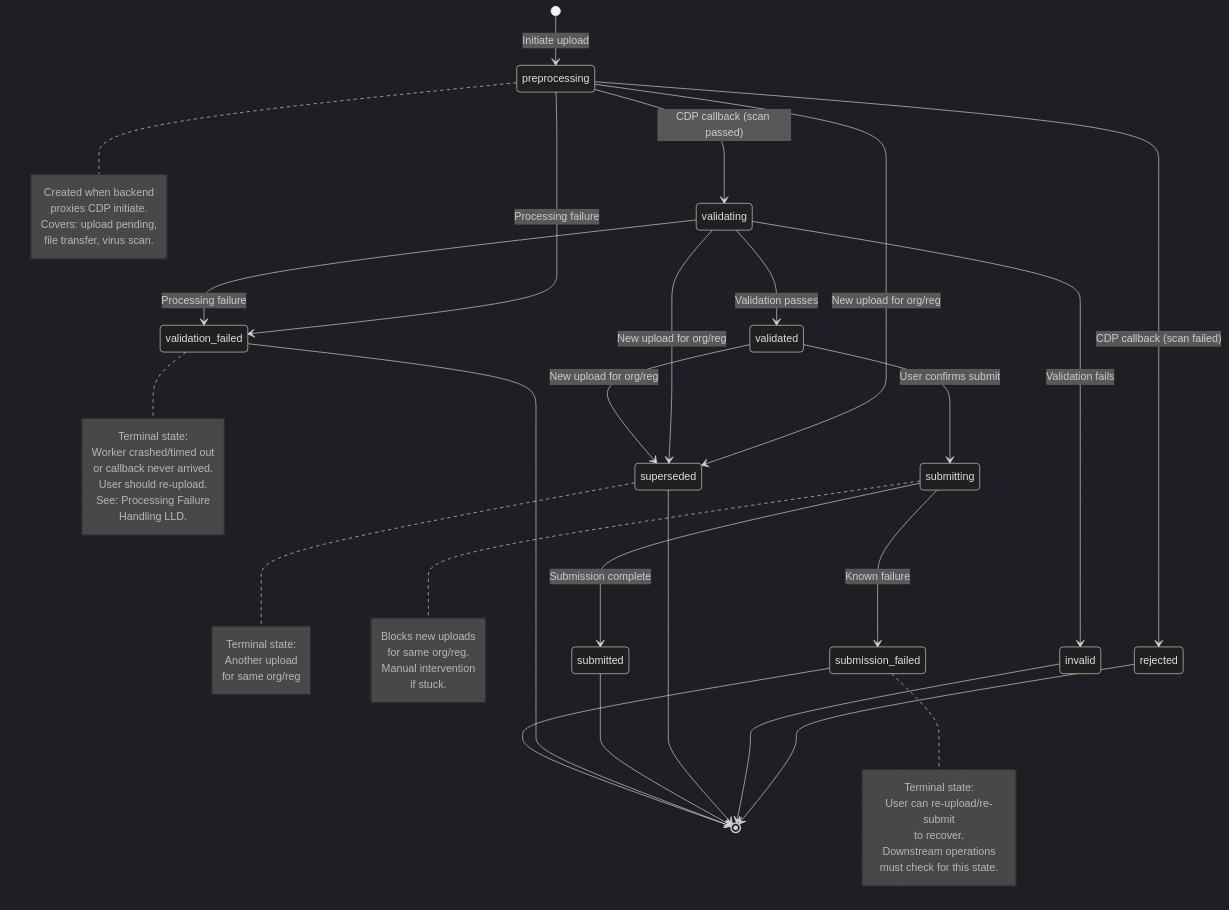
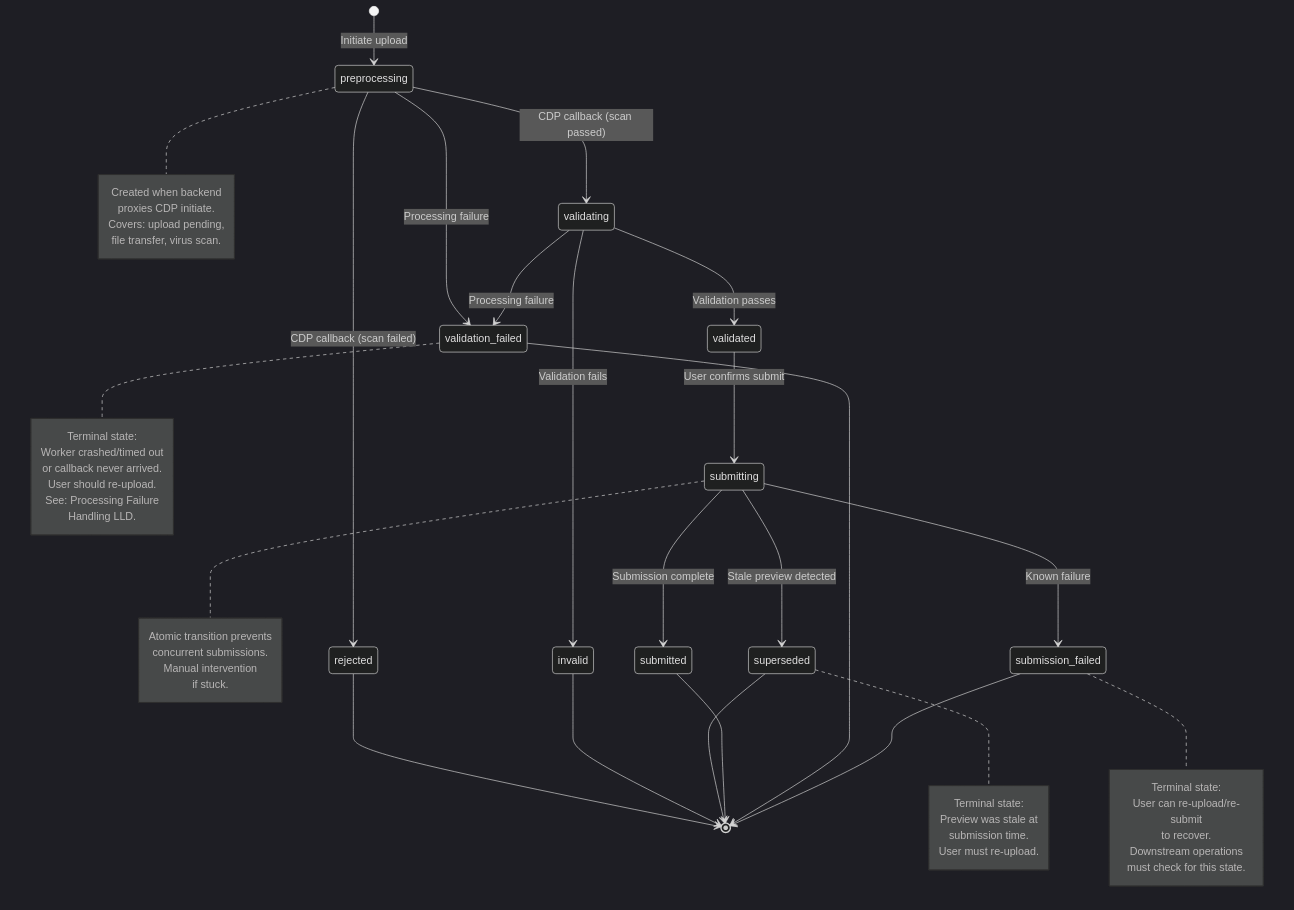
Before and after one commit to DEFRA/epr-re-ex-service: the second of 7 diagrams in docs/architecture/discovery/summary-log-submission-lld.md, drawn with Mermaid (dark theme). The commit also changed other lines of this file, not shown here.

````diff
--- a/docs/architecture/discovery/summary-log-submission-lld.md
+++ b/docs/architecture/discovery/summary-log-submission-lld.md
@@ -92,61 +97,59 @@
 ```mermaid
 stateDiagram-v2
     [*] --> preprocessing: Initiate upload
     preprocessing --> validating: CDP callback (scan passed)
     preprocessing --> rejected: CDP callback (scan failed)
     preprocessing --> validation_failed: Processing failure
     validating --> validated: Validation passes
     validating --> invalid: Validation fails
     validating --> validation_failed: Processing failure
     validated --> submitting: User confirms submit
     submitting --> submitted: Submission complete
+    submitting --> superseded: Stale preview detected
     submitting --> submission_failed: Known failure
-
-    preprocessing --> superseded: New upload for org/reg
-    validating --> superseded: New upload for org/reg
-    validated --> superseded: New upload for org/reg
 
     rejected --> [*]
     invalid --> [*]
     superseded --> [*]
     submitted --> [*]
     validation_failed --> [*]
     submission_failed --> [*]
 
     note right of preprocessing
         Created when backend
         proxies CDP initiate.
         Covers: upload pending,
         file transfer, virus scan.
     end note
 
     note right of superseded
         Terminal state:
-        Another upload
-        for same org/reg
+        Preview was stale at
+        submission time.
+        User must re-upload.
     end note
 
     note right of submitting
-        Blocks new uploads
-        for same org/reg.
+        Atomic transition prevents
+        concurrent submissions.
         Manual intervention
         if stuck.
     end note
 
     note right of validation_failed
         Terminal state:
         Worker crashed/timed out
         or callback never arrived.
         User should re-upload.
         See: Processing Failure
         Handling LLD.
     end note
 
     note right of submission_failed
         Terminal state:
         User can re-upload/re-submit
         to recover.
         Downstream operations
         must check for this state.
     end note
 ```
````
